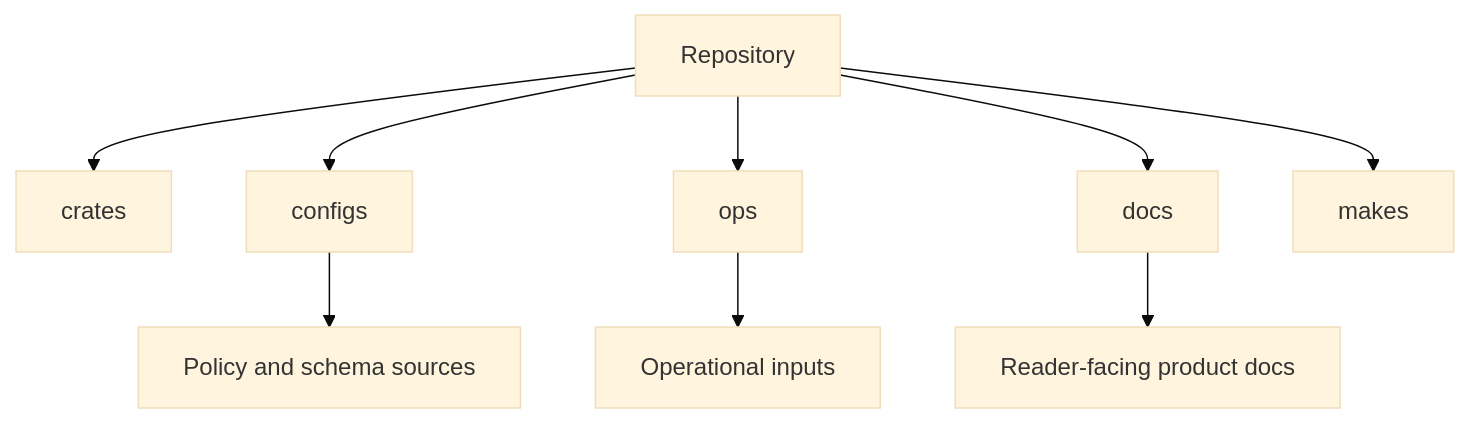
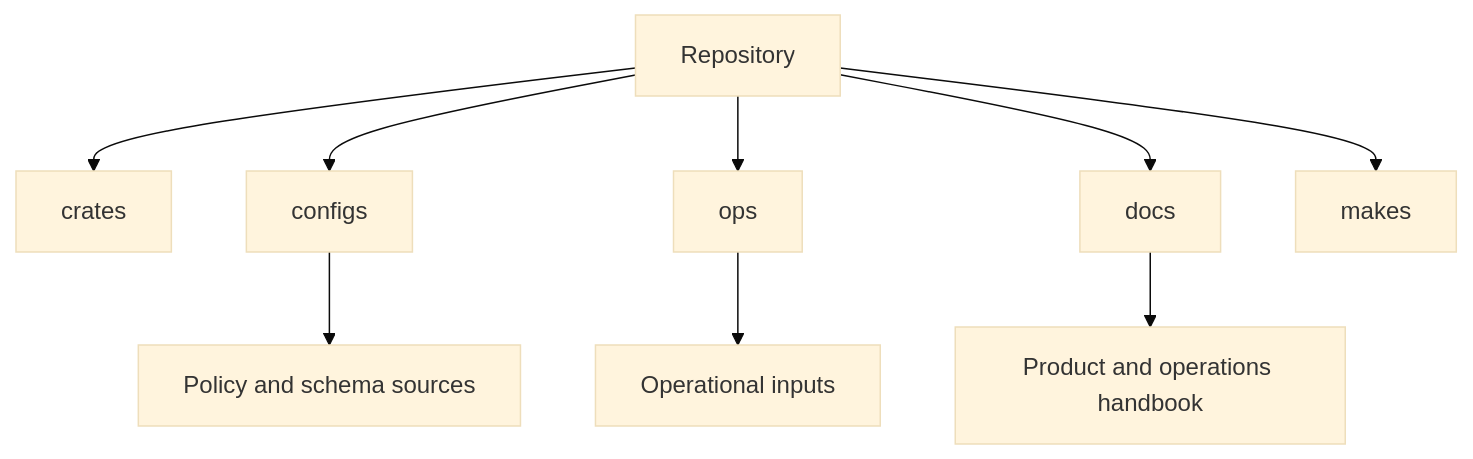
One commit to bijux/bijux-atlas changed the sixth of 6 diagrams in README.md. Above: the diagram before and after it, drawn with Mermaid (base theme). The commit also changed other lines of this file and 3 other files, not shown here.

````diff
--- a/README.md
+++ b/README.md
@@ -423,11 +425,11 @@
 ```mermaid
 flowchart TD
     Repo[Repository] --> Crates[crates]
     Repo --> Configs[configs]
     Repo --> Ops[ops]
     Repo --> Docs[docs]
     Repo --> Makes[makes]
-    Docs --> ReaderFace[Reader-facing product docs]
+    Docs --> Handbook[Product and operations handbook]
     Configs --> Policy[Policy and schema sources]
     Ops --> RuntimeOps[Operational inputs]
 ```
````
